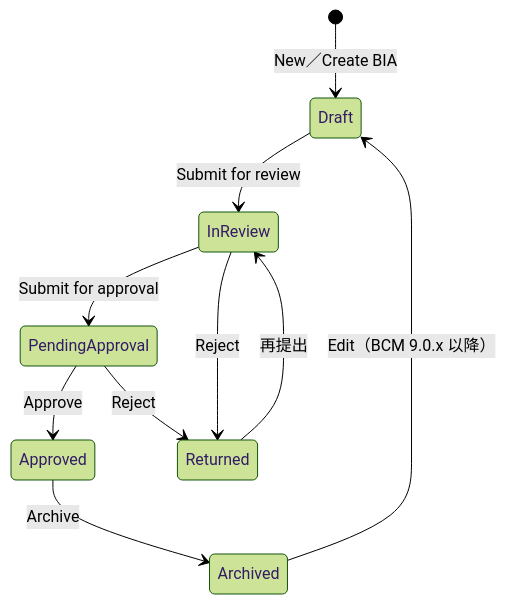
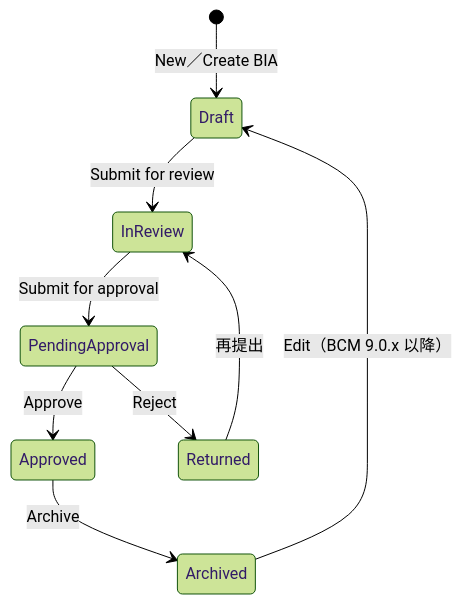
One commit to hidefumiagata/platform-doc changed the fourth of 4 diagrams in ServiceNow/02_リファレンス/irm/integrated-risk-management.md. Above: the diagram before and after it, drawn with Mermaid (forest theme). The commit also changed other lines of this file and 346 other files, not shown here.

````diff
--- a/ServiceNow/02_リファレンス/irm/integrated-risk-management.md
+++ b/ServiceNow/02_リファレンス/irm/integrated-risk-management.md
@@ -727,12 +767,11 @@
 ```mermaid
 stateDiagram-v2
   [*] --> Draft: New／Create BIA
   Draft --> InReview: Submit for review
   InReview --> PendingApproval: Submit for approval
   PendingApproval --> Approved: Approve
   PendingApproval --> Returned: Reject
-  InReview --> Returned: Reject
   Returned --> InReview: 再提出
   Approved --> Archived: Archive
   Archived --> Draft: Edit（BCM 9.0.x 以降）
 ```
````
